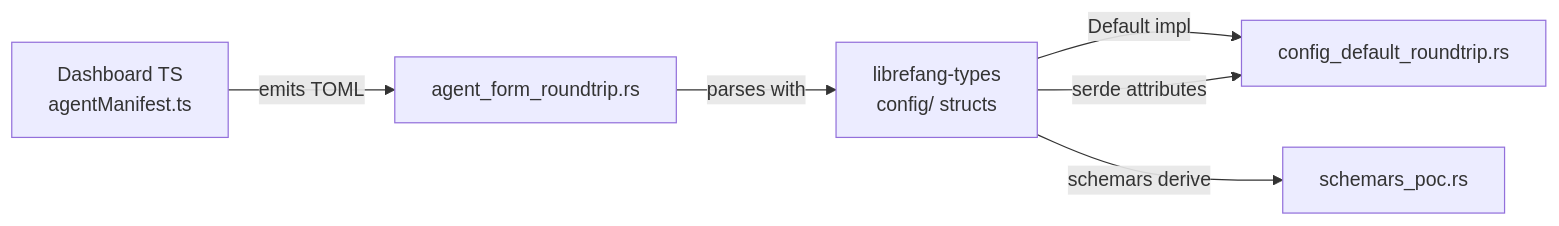
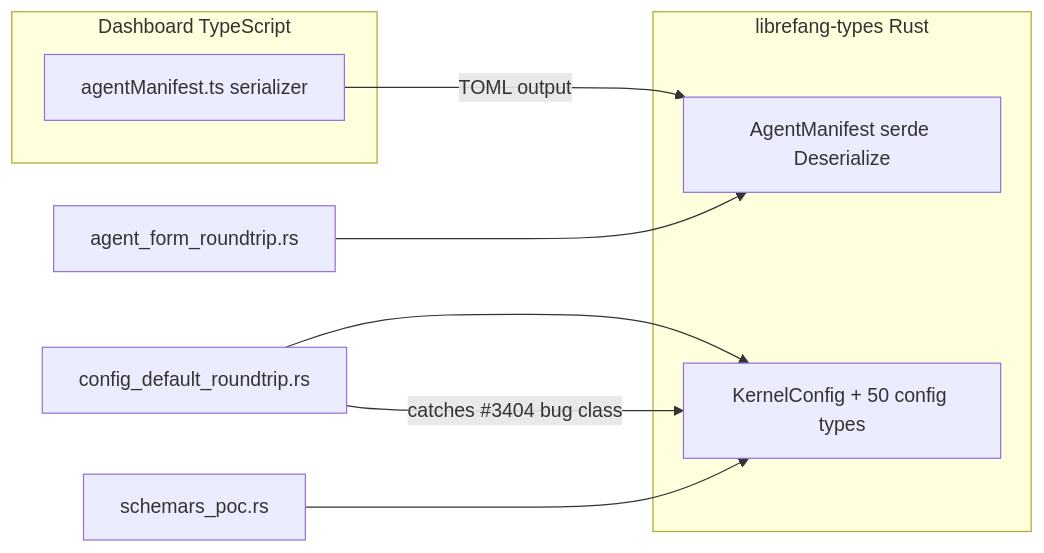
Before and after one commit to leszek3737/librefang-WIki: the diagram in other-librefang-types-tests.md, drawn with Mermaid. The commit also changed other lines of this file and 125 other files, not shown here.

````diff
--- a/other-librefang-types-tests.md
+++ b/other-librefang-types-tests.md
@@ -126,8 +95,15 @@
 ```mermaid
 graph LR
-    A[Dashboard TS<br>agentManifest.ts] -->|emits TOML| B[agent_form_roundtrip.rs]
-    C[librefang-types<br>config/ structs] -->|Default impl| D[config_default_roundtrip.rs]
-    C -->|serde attributes| D
-    C -->|schemars derive| E[schemars_poc.rs]
-    B -->|parses with| C
+    subgraph Dashboard TypeScript
+        A[agentManifest.ts serializer]
+    end
+    subgraph librefang-types Rust
+        B[AgentManifest serde Deserialize]
+        C[KernelConfig + 50 config types]
+    end
+    A -- "TOML output" --> B
+    agent_form_roundtrip_rs["agent_form_roundtrip.rs"] --> B
+    config_default_roundtrip_rs["config_default_roundtrip.rs"] --> C
+    schemars_poc_rs["schemars_poc.rs"] --> C
+    config_default_roundtrip_rs["config_default_roundtrip.rs"] -- "catches #3404 bug class" --> C
 ```
````
